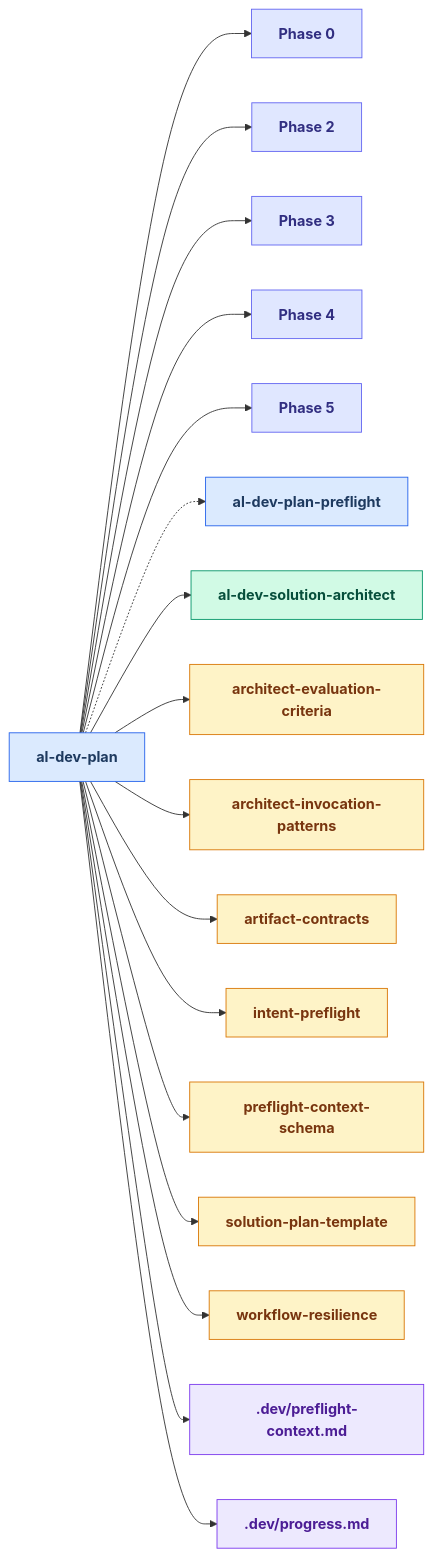
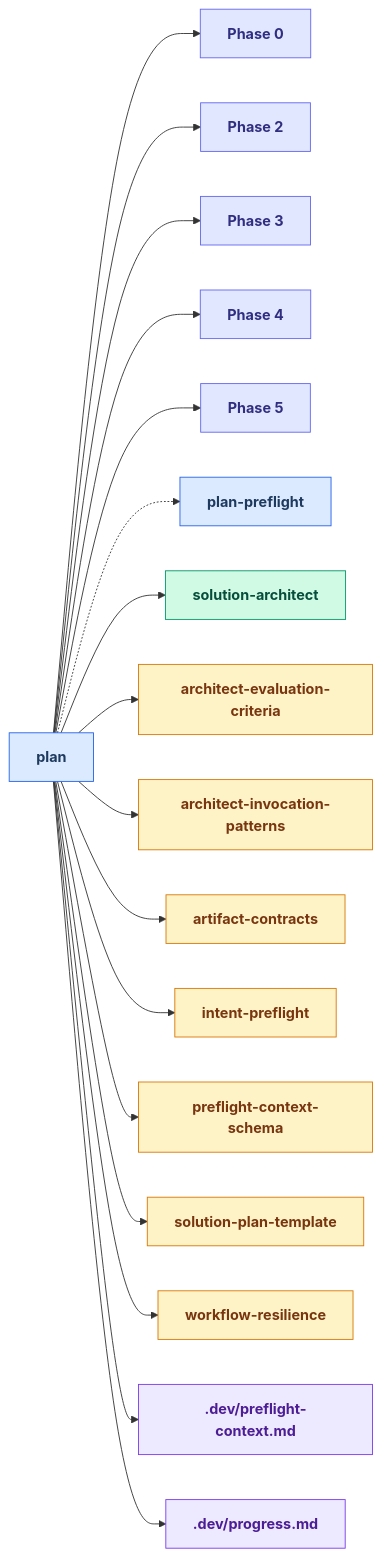
The sixth of 24 diagrams in docs/skills_map.md (russell-laing/al-dev-shared), drawn with Mermaid before and after one commit. The commit also changed other lines of this file and 8 other files, not shown here.

````diff
--- a/docs/skills_map.md
+++ b/docs/skills_map.md
@@ -313,61 +324,61 @@
 ```mermaid
 flowchart LR
     classDef skillNode fill:#dbeafe,stroke:#2563eb,color:#1e3a5f,font-weight:bold
     classDef agentNode fill:#d1fae5,stroke:#059669,color:#064e3b,font-weight:bold
     classDef knowledgeNode fill:#fef3c7,stroke:#d97706,color:#78350f,font-weight:bold
     classDef artifactNode fill:#ede9fe,stroke:#7c3aed,color:#4c1d95,font-weight:bold
     classDef phaseNode fill:#e0e7ff,stroke:#6366f1,color:#312e81,font-weight:bold
 
-    skill_al_dev_plan[al-dev-plan]
+    skill_plan[plan]
     Phase0["Phase 0"]
     Phase2["Phase 2"]
     Phase3["Phase 3"]
     Phase4["Phase 4"]
     Phase5["Phase 5"]
-    skill_al_dev_plan_preflight[al-dev-plan-preflight]
-    agent_al_dev_solution_architect[al-dev-solution-architect]
+    skill_plan_preflight[plan-preflight]
+    agent_solution_architect[solution-architect]
     knowledge_architect_evaluation_criteria_md[architect-evaluation-criteria]
     knowledge_architect_invocation_patterns_md[architect-invocation-patterns]
     knowledge_artifact_contracts_md[artifact-contracts]
     knowledge_intent_preflight_md[intent-preflight]
     knowledge_preflight_context_schema_md[preflight-context-schema]
     knowledge_solution_plan_template_md[solution-plan-template]
     knowledge_workflow_resilience_md[workflow-resilience]
     artifact_preflight_context_md[.dev/preflight-context.md]
     artifact_progress_md[.dev/progress.md]
 
-    skill_al_dev_plan --> Phase0
-    skill_al_dev_plan --> Phase2
-    skill_al_dev_plan --> Phase3
-    skill_al_dev_plan --> Phase4
-    skill_al_dev_plan --> Phase5
-    skill_al_dev_plan -.-> skill_al_dev_plan_preflight
-    skill_al_dev_plan --> agent_al_dev_solution_architect
-    skill_al_dev_plan --> knowledge_architect_evaluation_criteria_md
-    skill_al_dev_plan --> knowledge_architect_invocation_patterns_md
-    skill_al_dev_plan --> knowledge_artifact_contracts_md
-    skill_al_dev_plan --> knowledge_intent_preflight_md
-    skill_al_dev_plan --> knowledge_preflight_context_schema_md
-    skill_al_dev_plan --> knowledge_solution_plan_template_md
-    skill_al_dev_plan --> knowledge_workflow_resilience_md
-    skill_al_dev_plan --> artifact_preflight_context_md
-    skill_al_dev_plan --> artifact_progress_md
+    skill_plan --> Phase0
+    skill_plan --> Phase2
+    skill_plan --> Phase3
+    skill_plan --> Phase4
+    skill_plan --> Phase5
+    skill_plan -.-> skill_plan_preflight
+    skill_plan --> agent_solution_architect
+    skill_plan --> knowledge_architect_evaluation_criteria_md
+    skill_plan --> knowledge_architect_invocation_patterns_md
+    skill_plan --> knowledge_artifact_contracts_md
+    skill_plan --> knowledge_intent_preflight_md
+    skill_plan --> knowledge_preflight_context_schema_md
+    skill_plan --> knowledge_solution_plan_template_md
+    skill_plan --> knowledge_workflow_resilience_md
+    skill_plan --> artifact_preflight_context_md
+    skill_plan --> artifact_progress_md
 
-    class skill_al_dev_plan skillNode
+    class skill_plan skillNode
     class Phase0 phaseNode
     class Phase2 phaseNode
     class Phase3 phaseNode
     class Phase4 phaseNode
     class Phase5 phaseNode
-    class skill_al_dev_plan_preflight skillNode
-    class agent_al_dev_solution_architect agentNode
+    class skill_plan_preflight skillNode
+    class agent_solution_architect agentNode
     class knowledge_architect_evaluation_criteria_md knowledgeNode
     class knowledge_architect_invocation_patterns_md knowledgeNode
     class knowledge_artifact_contracts_md knowledgeNode
     class knowledge_intent_preflight_md knowledgeNode
     class knowledge_preflight_context_schema_md knowledgeNode
     class knowledge_solution_plan_template_md knowledgeNode
     class knowledge_workflow_resilience_md knowledgeNode
     class artifact_preflight_context_md artifactNode
     class artifact_progress_md artifactNode
 ```
````
